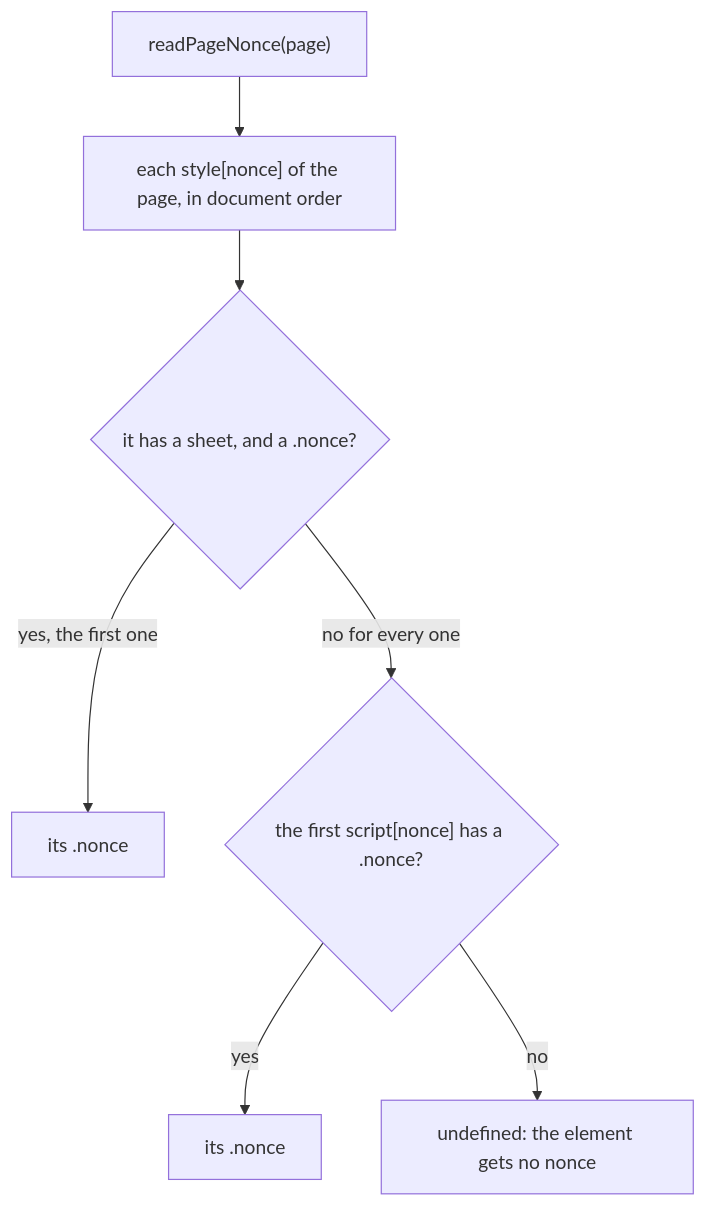
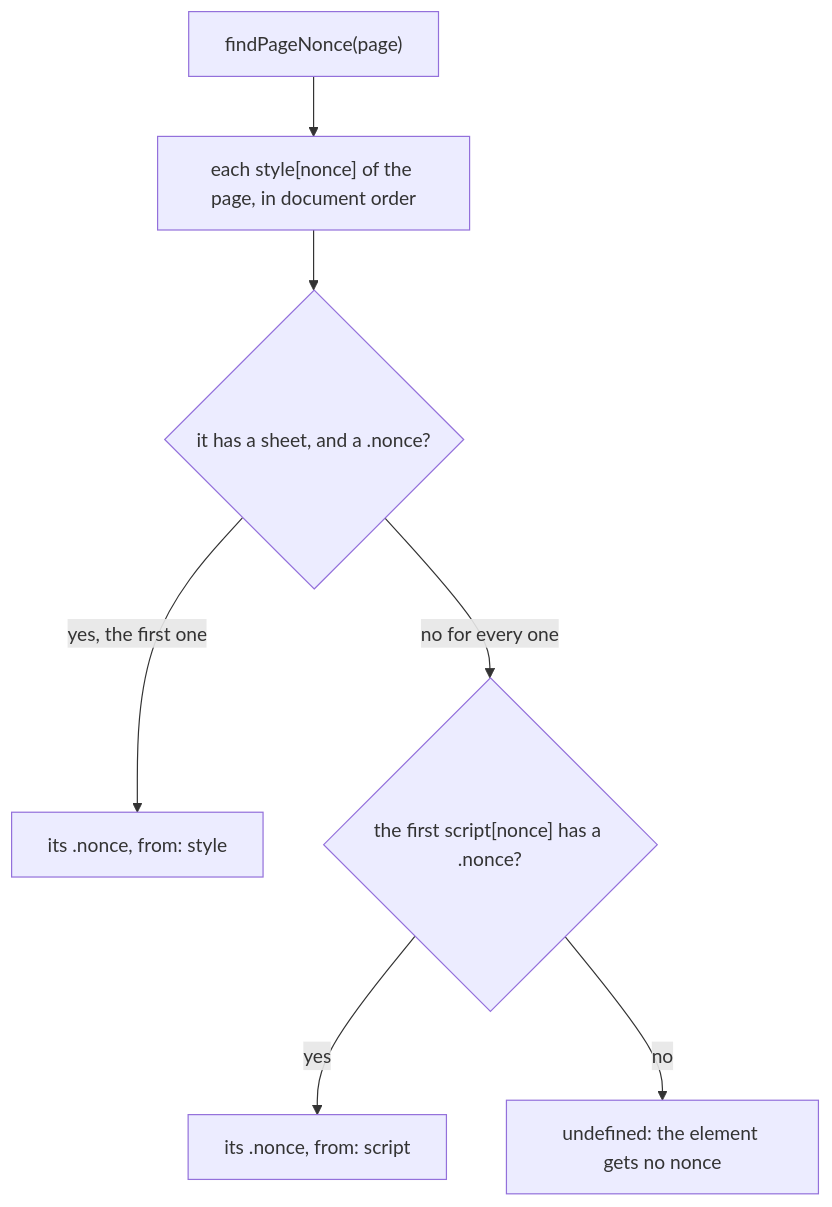
One commit to soroush-tech/umber-style changed the diagram in packages/core/src/documentNonce.md. Above: the diagram before and after it, drawn with Mermaid. The commit also changed other lines of this file and 8 other files, not shown here.

Commit message:
fix(core): a style element refused with the nonce of a script is warned about in development, and the docs say a cache must keep a page's HTML and its policy header together - #71

````diff
--- a/packages/core/src/documentNonce.md
+++ b/packages/core/src/documentNonce.md
@@ -22,9 +24,9 @@
 ```mermaid
 flowchart TD
-  read["readPageNonce(page)"] --> styles["each style[nonce] of the page, in document order"]
+  read["findPageNonce(page)"] --> styles["each style[nonce] of the page, in document order"]
   styles --> applied{"it has a sheet, and a .nonce?"}
-  applied -->|"yes, the first one"| fromStyle["its .nonce"]
+  applied -->|"yes, the first one"| fromStyle["its .nonce, from: style"]
   applied -->|"no for every one"| script{"the first script[nonce] has a .nonce?"}
-  script -->|yes| fromScript["its .nonce"]
+  script -->|yes| fromScript["its .nonce, from: script"]
   script -->|no| none["undefined: the element gets no nonce"]
 ```
````
